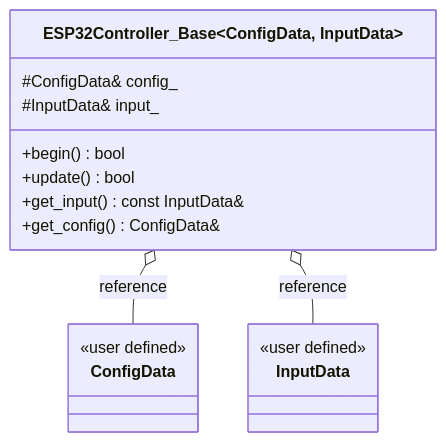
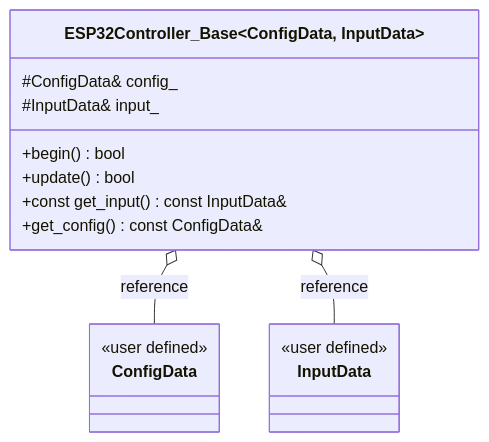
One commit to Tomoooji/esp32-controller changed the first of 2 diagrams in README.md. Above: the diagram before and after it, drawn with Mermaid. The commit also changed other lines of this file and 5 other files, not shown here.

````diff
--- a/README.md
+++ b/README.md
@@ -168,23 +169,23 @@
 ```mermaid
 classDiagram
     class ESP32Controller_Base~ConfigData, InputData~ {
         #ConfigData& config_
         #InputData& input_
 
         +begin() bool
         +update() bool
-        +get_input() const InputData&
-        +get_config() ConfigData&
+        +const get_input() const InputData&
+        +get_config() const ConfigData&
     }
 
     class ConfigData {
         <<user defined>>
     }
 
     class InputData {
         <<user defined>>
     }
 
     ESP32Controller_Base o-- ConfigData : reference
     ESP32Controller_Base o-- InputData : reference
 ```
````
